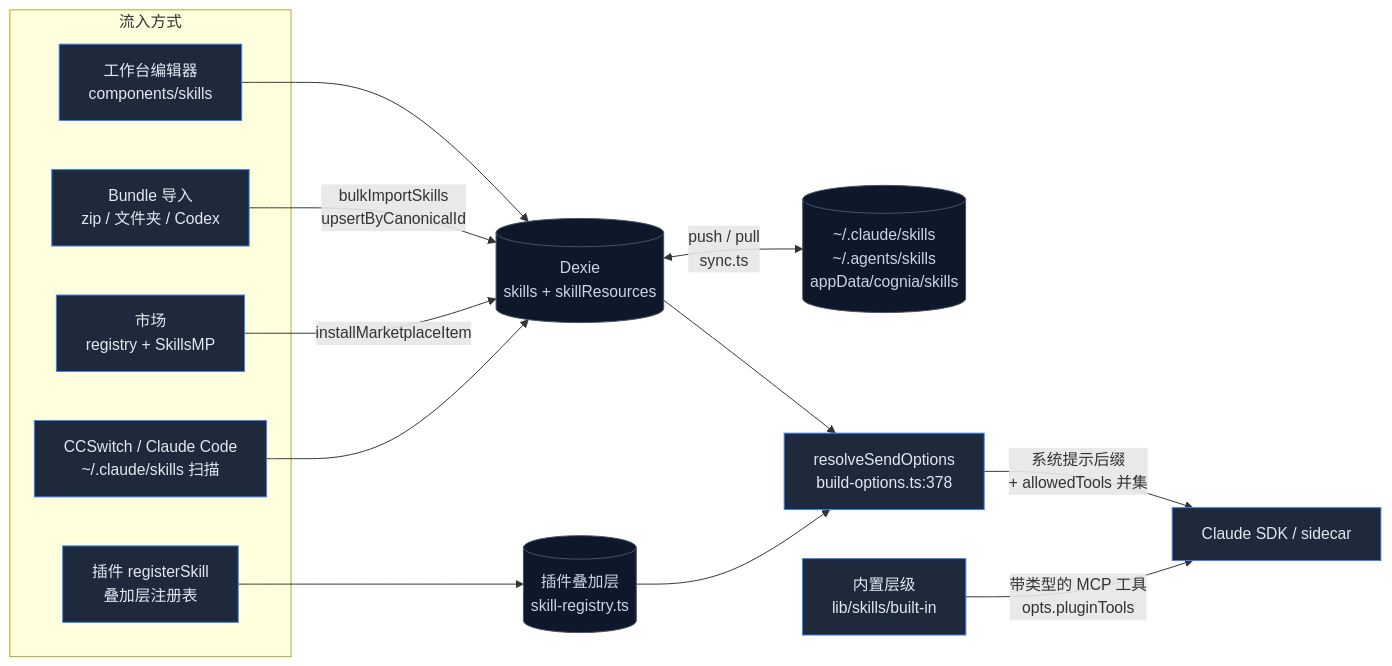
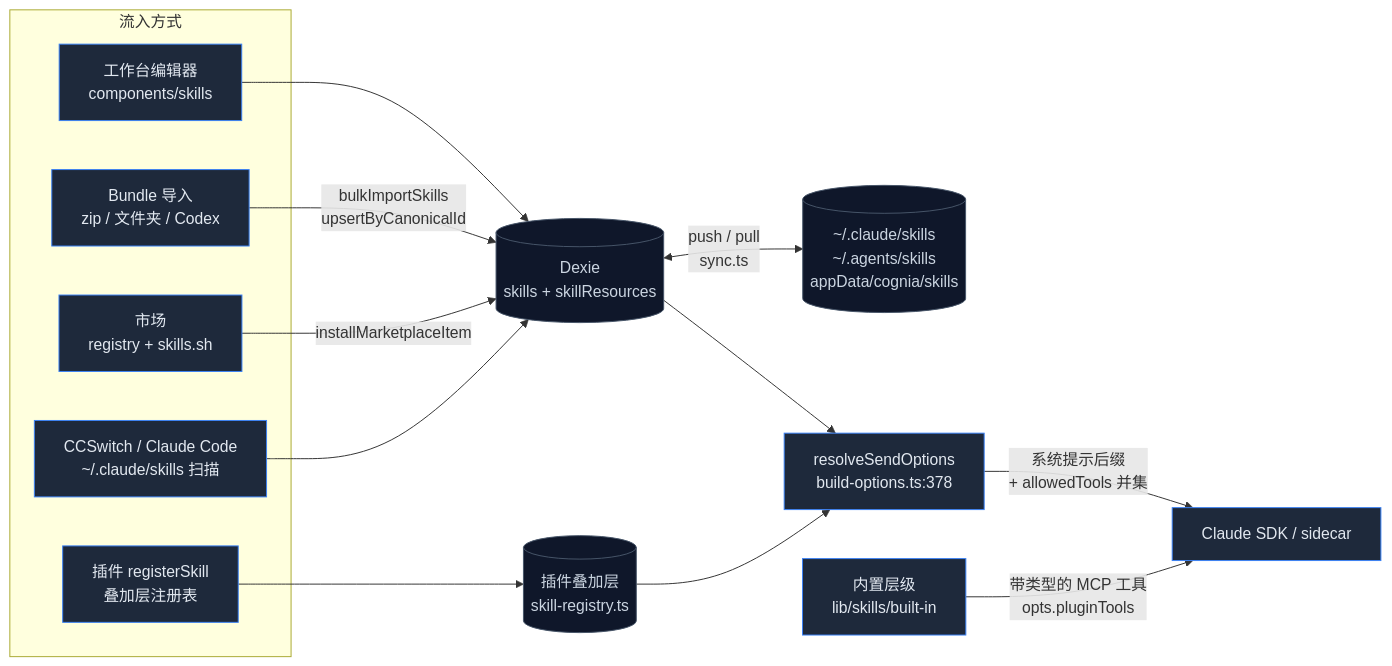
One commit to MaxQian888/cognia-next changed the diagram in docs/content/docs/zh/subsystems/skills/index.mdx. Above: the diagram before and after it, drawn with Mermaid. The commit also changed other lines of this file and 11 other files, not shown here.

````diff
--- a/docs/content/docs/zh/subsystems/skills/index.mdx
+++ b/docs/content/docs/zh/subsystems/skills/index.mdx
@@ -77,32 +78,32 @@
 ```mermaid
 flowchart LR
   subgraph In["流入方式"]
     WB["工作台编辑器<br/>components/skills"]
     BU["Bundle 导入<br/>zip / 文件夹 / Codex"]
-    MP["市场<br/>registry + SkillsMP"]
+    MP["市场<br/>registry + skills.sh"]
     CC["CCSwitch / Claude Code<br/>~/.claude/skills 扫描"]
     PL["插件 registerSkill<br/>叠加层注册表"]
   end
 
   DX[("Dexie<br/>skills + skillResources")]
   OV[("插件叠加层<br/>skill-registry.ts")]
 
   WB --> DX
   BU -- "bulkImportSkills<br/>upsertByCanonicalId" --> DX
   MP -- "installMarketplaceItem" --> DX
   CC --> DX
   PL --> OV
 
   DX <-- "push / pull<br/>sync.ts" --> DISK[("~/.claude/skills<br/>~/.agents/skills<br/>appData/cognia/skills")]
 
   DX --> BO["resolveSendOptions<br/>build-options.ts:378"]
   OV --> BO
   BO -- "系统提示后缀<br/>+ allowedTools 并集" --> SDK["Claude SDK / sidecar"]
 
   BI["内置层级<br/>lib/skills/built-in"] -- "带类型的 MCP 工具<br/>opts.pluginTools" --> SDK
 
   classDef store fill:#0f172a,stroke:#475569,color:#cbd5e1
   classDef step fill:#1e293b,stroke:#3b82f6,color:#e2e8f0
   class DX,OV,DISK store
   class WB,BU,MP,CC,PL,BO,SDK,BI step
 ```
````
